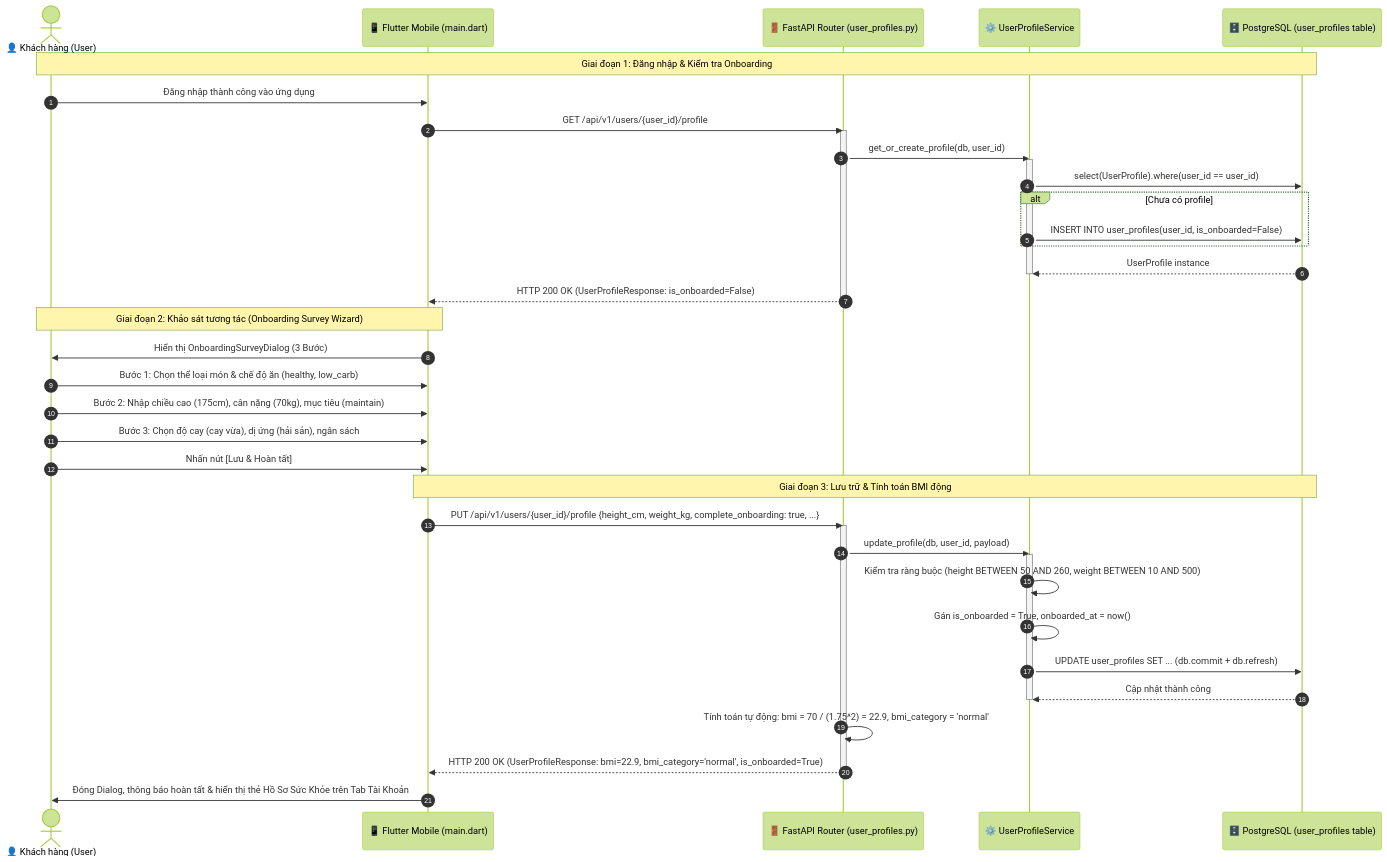
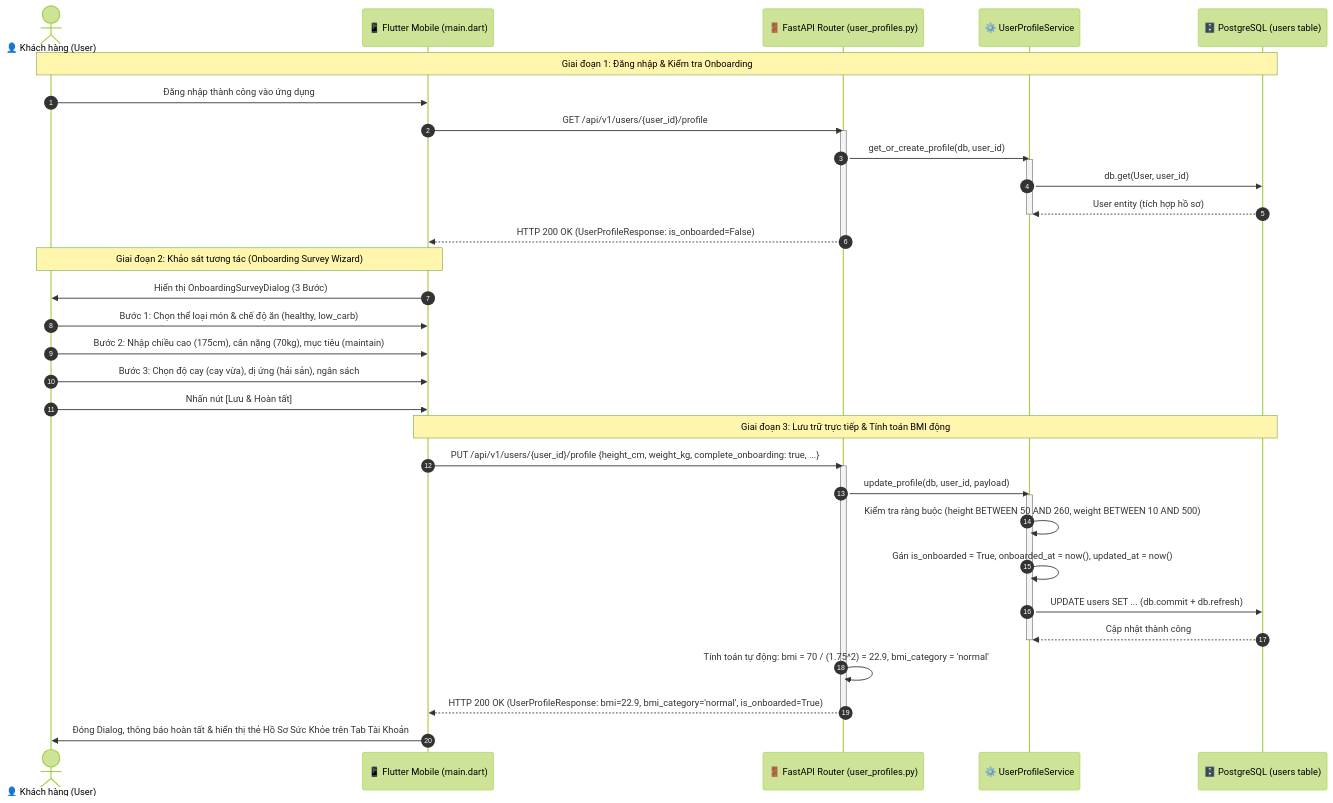
One commit to TrnThanh/Test changed the eighth of 8 diagrams in docs/sequence-diagrams.md. Above: the diagram before and after it, drawn with Mermaid (forest theme). The commit also changed 13 other files, not shown here.

Commit message:
refactor: gop user_profile vao user, ve lai so do ERD/UML va tinh chinh 4 tab Flutter

````diff
--- a/docs/sequence-diagrams.md
+++ b/docs/sequence-diagrams.md
@@ -423,47 +423,44 @@
 ```mermaid
 sequenceDiagram
     autonumber
     actor User as 👤 Khách hàng (User)
     participant Mobile as 📱 Flutter Mobile (main.dart)
     participant API as 🚪 FastAPI Router (user_profiles.py)
     participant Svc as ⚙️ UserProfileService
-    participant DB as 🗄️ PostgreSQL (user_profiles table)
+    participant DB as 🗄️ PostgreSQL (users table)
 
     Note over User, DB: Giai đoạn 1: Đăng nhập & Kiểm tra Onboarding
     User->>Mobile: Đăng nhập thành công vào ứng dụng
     Mobile->>API: GET /api/v1/users/{user_id}/profile
     activate API
     API->>Svc: get_or_create_profile(db, user_id)
     activate Svc
-    Svc->>DB: select(UserProfile).where(user_id == user_id)
-    alt Chưa có profile
-        Svc->>DB: INSERT INTO user_profiles(user_id, is_onboarded=False)
-    end
-    DB-->>Svc: UserProfile instance
+    Svc->>DB: db.get(User, user_id)
+    DB-->>Svc: User entity (tích hợp hồ sơ)
     deactivate Svc
     API-->>Mobile: HTTP 200 OK (UserProfileResponse: is_onboarded=False)
     deactivate API
 
     Note over User, Mobile: Giai đoạn 2: Khảo sát tương tác (Onboarding Survey Wizard)
     Mobile->>User: Hiển thị OnboardingSurveyDialog (3 Bước)
     User->>Mobile: Bước 1: Chọn thể loại món & chế độ ăn (healthy, low_carb)
     User->>Mobile: Bước 2: Nhập chiều cao (175cm), cân nặng (70kg), mục tiêu (maintain)
     User->>Mobile: Bước 3: Chọn độ cay (cay vừa), dị ứng (hải sản), ngân sách
     User->>Mobile: Nhấn nút [Lưu & Hoàn tất]
 
-    Note over Mobile, DB: Giai đoạn 3: Lưu trữ & Tính toán BMI động
+    Note over Mobile, DB: Giai đoạn 3: Lưu trữ trực tiếp & Tính toán BMI động
     Mobile->>API: PUT /api/v1/users/{user_id}/profile {height_cm, weight_kg, complete_onboarding: true, ...}
     activate API
     API->>Svc: update_profile(db, user_id, payload)
     activate Svc
     Svc->>Svc: Kiểm tra ràng buộc (height BETWEEN 50 AND 260, weight BETWEEN 10 AND 500)
-    Svc->>Svc: Gán is_onboarded = True, onboarded_at = now()
-    Svc->>DB: UPDATE user_profiles SET ... (db.commit + db.refresh)
+    Svc->>Svc: Gán is_onboarded = True, onboarded_at = now(), updated_at = now()
+    Svc->>DB: UPDATE users SET ... (db.commit + db.refresh)
     DB-->>Svc: Cập nhật thành công
     deactivate Svc
     API->>API: Tính toán tự động: bmi = 70 / (1.75^2) = 22.9, bmi_category = 'normal'
     API-->>Mobile: HTTP 200 OK (UserProfileResponse: bmi=22.9, bmi_category='normal', is_onboarded=True)
     deactivate API
 
     Mobile->>User: Đóng Dialog, thông báo hoàn tất & hiển thị thẻ Hồ Sơ Sức Khỏe trên Tab Tài Khoản
 ```
````
